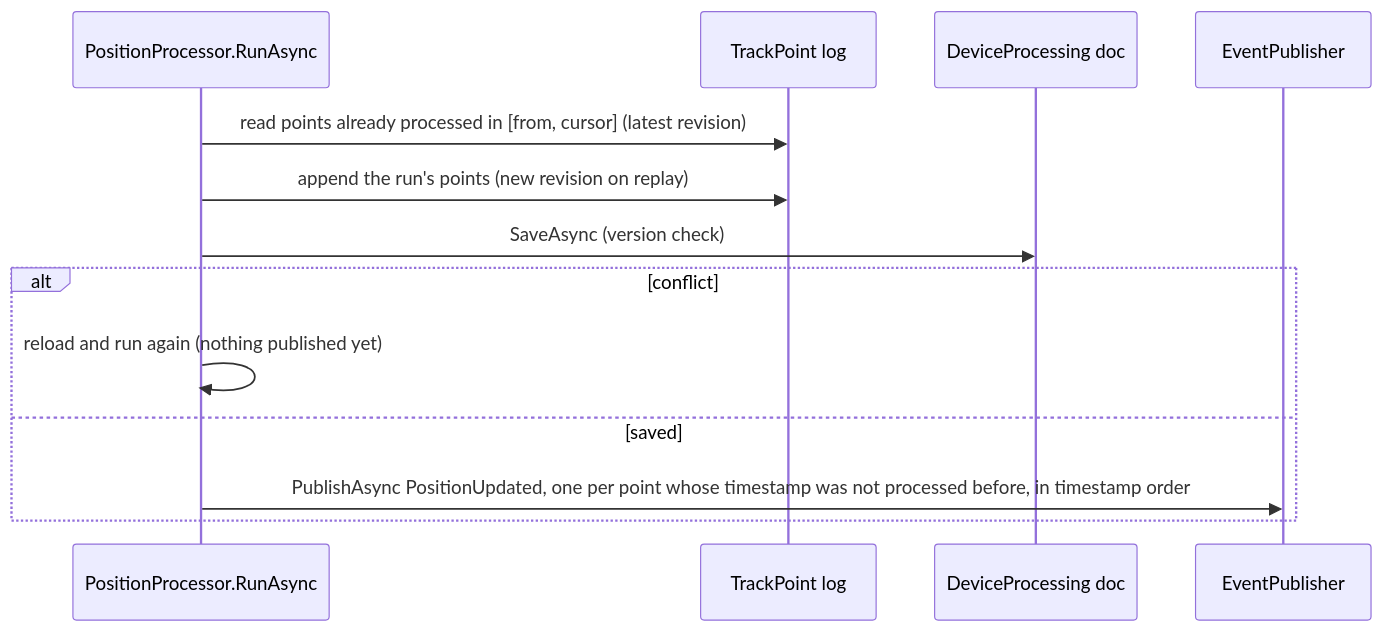
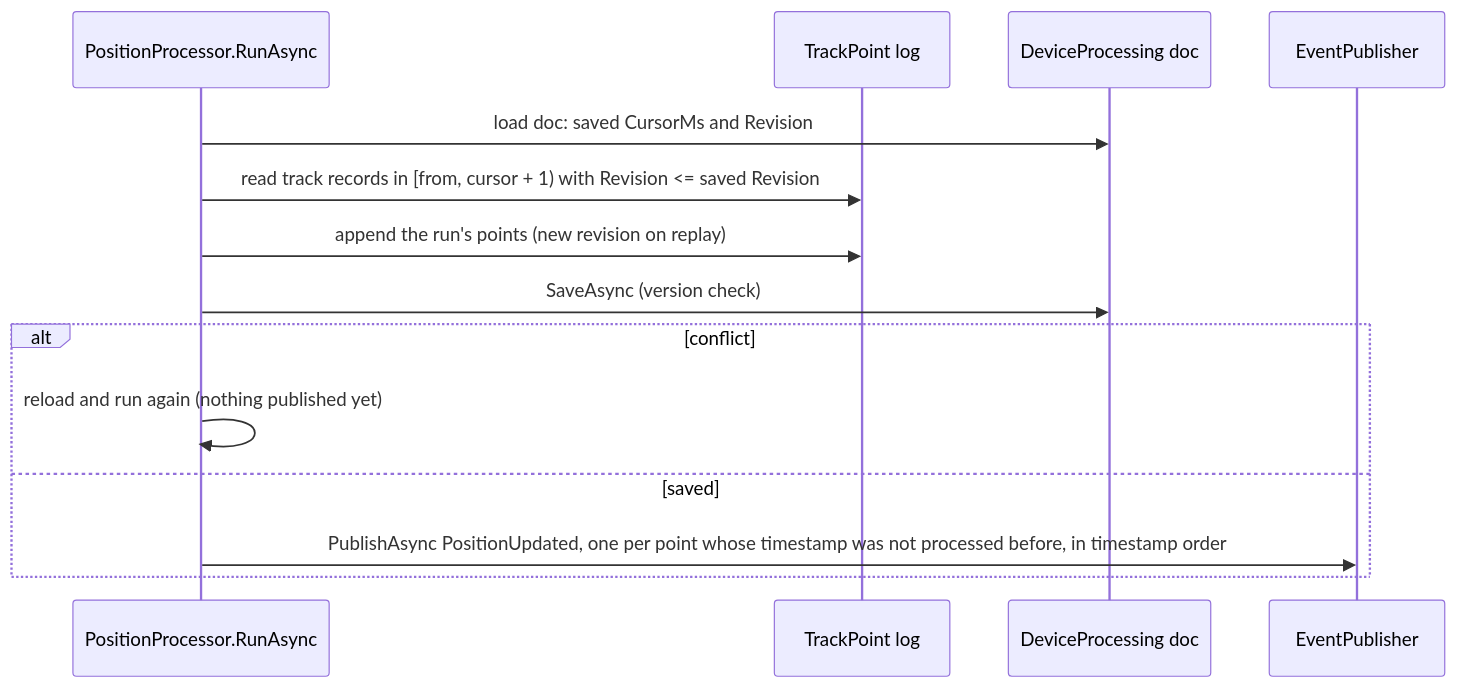
One commit to NotThaDev/SiteSense changed the second of 2 diagrams in docs/plans/SS-50-position-events.md. Above: the diagram before and after it, drawn with Mermaid. The commit also changed other lines of this file, not shown here.

Commit message:
docs(plan): new positions from the saved state, publish errors caught (SS-50)

````diff
--- a/docs/plans/SS-50-position-events.md
+++ b/docs/plans/SS-50-position-events.md
@@ -42,15 +42,16 @@
 ```mermaid
 sequenceDiagram
   participant P as PositionProcessor.RunAsync
   participant T as TrackPoint log
   participant D as DeviceProcessing doc
   participant E as EventPublisher
-  P->>T: read points already processed in [from, cursor] (latest revision)
+  P->>D: load doc: saved CursorMs and Revision
+  P->>T: read track records in [from, cursor + 1) with Revision <= saved Revision
   P->>T: append the run's points (new revision on replay)
   P->>D: SaveAsync (version check)
   alt conflict
     P->>P: reload and run again (nothing published yet)
   else saved
     P->>E: PublishAsync PositionUpdated, one per point whose timestamp was not processed before, in timestamp order
   end
 ```
````
